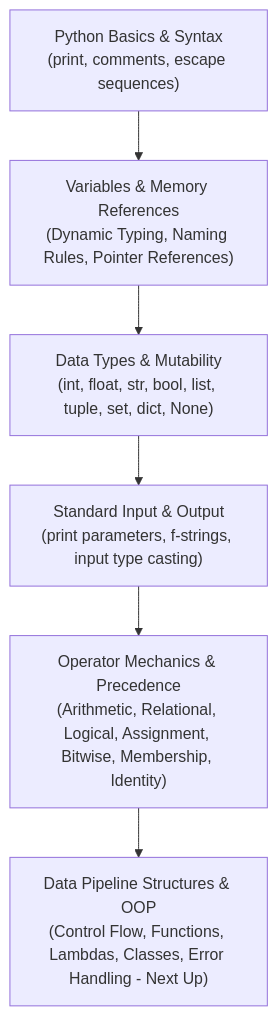
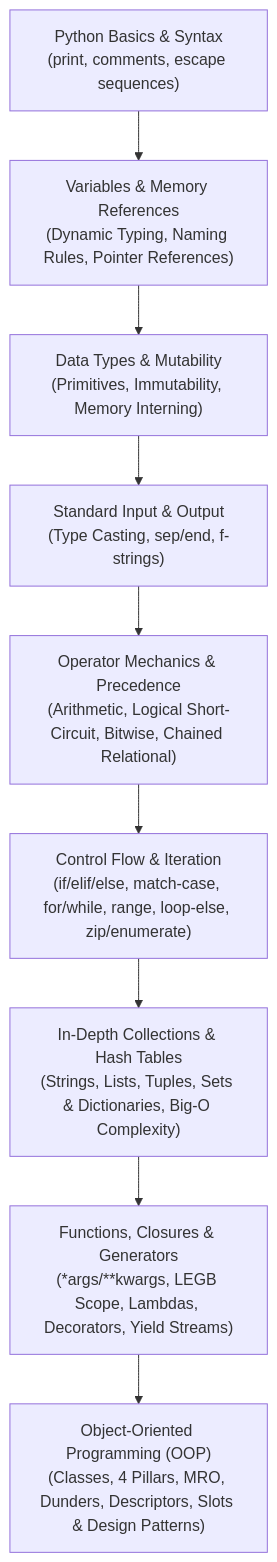
Before and after one commit to wasim-akthar/data-engineering-bootcamp: the first of 2 diagrams in README.md, drawn with Mermaid. The commit also changed other lines of this file, not shown here.

Commit message:
Update README to include detailed OOP curriculum and new SQL assignment for Google Pay; enhance clarity and structure of class notes

````diff
--- a/README.md
+++ b/README.md
@@ -132,8 +138,11 @@
 ```mermaid
 flowchart TD
     P1["Python Basics & Syntax<br/>(print, comments, escape sequences)"] --> P2["Variables & Memory References<br/>(Dynamic Typing, Naming Rules, Pointer References)"]
-    P2 --> P3["Data Types & Mutability<br/>(int, float, str, bool, list, tuple, set, dict, None)"]
-    P3 --> P4["Standard Input & Output<br/>(print parameters, f-strings, input type casting)"]
-    P4 --> P5["Operator Mechanics & Precedence<br/>(Arithmetic, Relational, Logical, Assignment, Bitwise, Membership, Identity)"]
-    P5 --> P6["Data Pipeline Structures & OOP<br/>(Control Flow, Functions, Lambdas, Classes, Error Handling - Next Up)"]
+    P2 --> P3["Data Types & Mutability<br/>(Primitives, Immutability, Memory Interning)"]
+    P3 --> P4["Standard Input & Output<br/>(Type Casting, sep/end, f-strings)"]
+    P4 --> P5["Operator Mechanics & Precedence<br/>(Arithmetic, Logical Short-Circuit, Bitwise, Chained Relational)"]
+    P5 --> P6["Control Flow & Iteration<br/>(if/elif/else, match-case, for/while, range, loop-else, zip/enumerate)"]
+    P6 --> P7["In-Depth Collections & Hash Tables<br/>(Strings, Lists, Tuples, Sets & Dictionaries, Big-O Complexity)"]
+    P7 --> P8["Functions, Closures & Generators<br/>(*args/**kwargs, LEGB Scope, Lambdas, Decorators, Yield Streams)"]
+    P8 --> P9["Object-Oriented Programming (OOP)<br/>(Classes, 4 Pillars, MRO, Dunders, Descriptors, Slots & Design Patterns)"]
 ```
````
